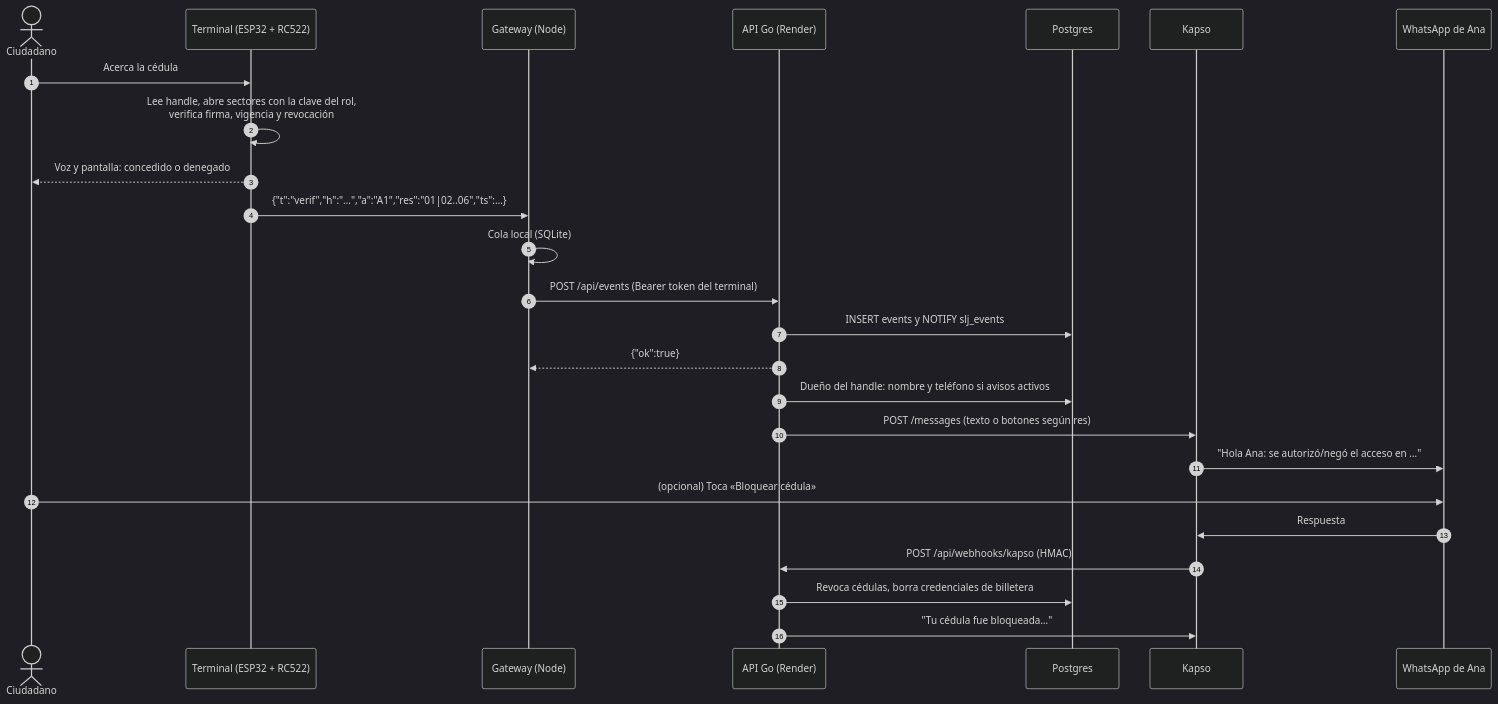
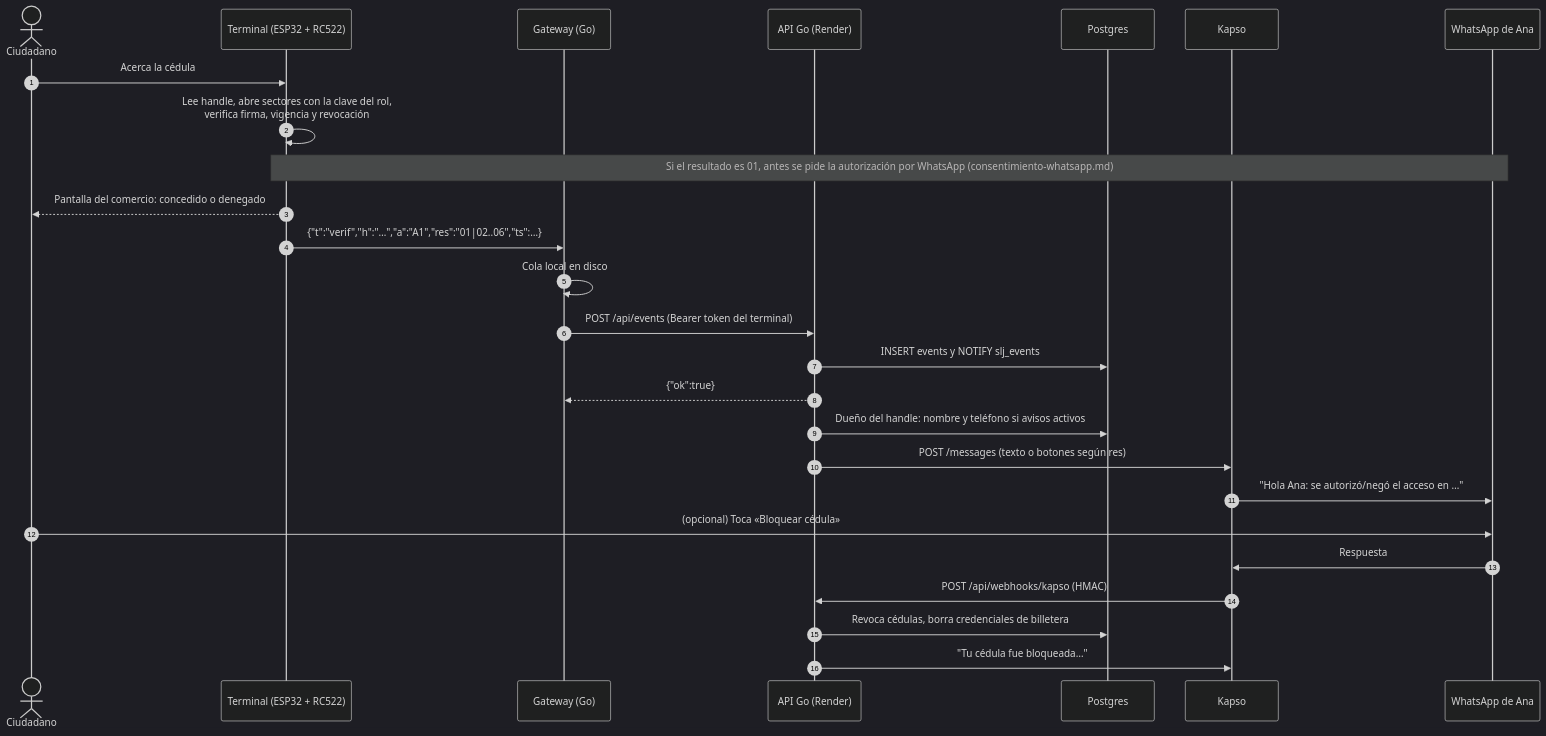
The second of 7 diagrams in docs/04-flujos.md (platanus-hack/platanus-hack-26-ve-team-1), drawn with Mermaid (dark theme) before and after one commit. The commit also changed other lines of this file and 10 other files, not shown here.

First line of the commit message:
docs: el terminal sin voz ni código de vinculación, gateway en Go y consentimiento por WhatsApp

````diff
--- a/docs/04-flujos.md
+++ b/docs/04-flujos.md
@@ -35,28 +36,29 @@
 ```mermaid
 sequenceDiagram
   autonumber
   actor Ana as Ciudadano
   participant FW as Terminal (ESP32 + RC522)
-  participant GW as Gateway (Node)
+  participant GW as Gateway (Go)
   participant API as API Go (Render)
   participant DB as Postgres
   participant K as Kapso
   participant WA as WhatsApp de Ana
 
   Ana->>FW: Acerca la cédula
   FW->>FW: Lee handle, abre sectores con la clave del rol,<br/>verifica firma, vigencia y revocación
-  FW-->>Ana: Voz y pantalla: concedido o denegado
+  Note over FW,WA: Si el resultado es 01, antes se pide la autorización por WhatsApp (consentimiento-whatsapp.md)
+  FW-->>Ana: Pantalla del comercio: concedido o denegado
   FW->>GW: {"t":"verif","h":"…","a":"A1","res":"01|02..06","ts":…}
-  GW->>GW: Cola local (SQLite)
+  GW->>GW: Cola local en disco
   GW->>API: POST /api/events (Bearer token del terminal)
   API->>DB: INSERT events y NOTIFY slj_events
   API-->>GW: {"ok":true}
   API->>DB: Dueño del handle: nombre y teléfono si avisos activos
   API->>K: POST /messages (texto o botones según res)
   K->>WA: "Hola Ana: se autorizó/negó el acceso en …"
   Ana->>WA: (opcional) Toca «Bloquear cédula»
   WA->>K: Respuesta
   K->>API: POST /api/webhooks/kapso (HMAC)
   API->>DB: Revoca cédulas, borra credenciales de billetera
   API->>K: "Tu cédula fue bloqueada…"
 ```
````
